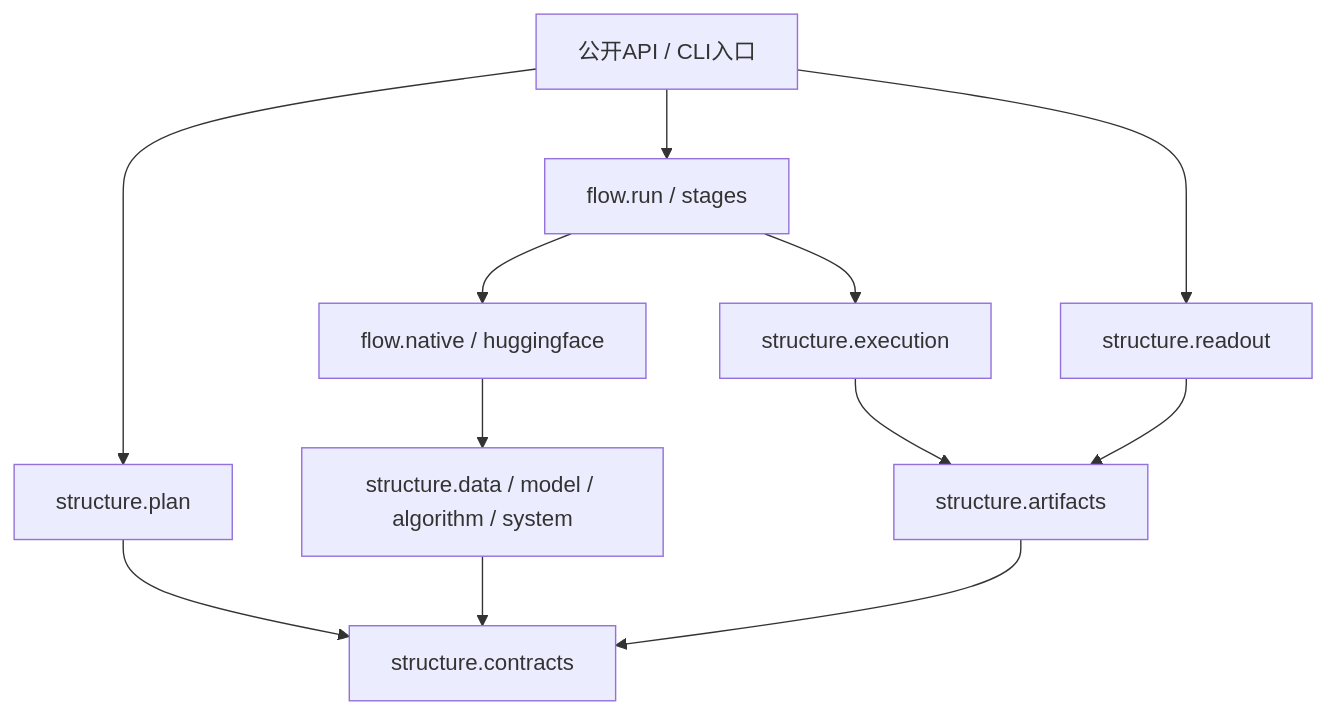
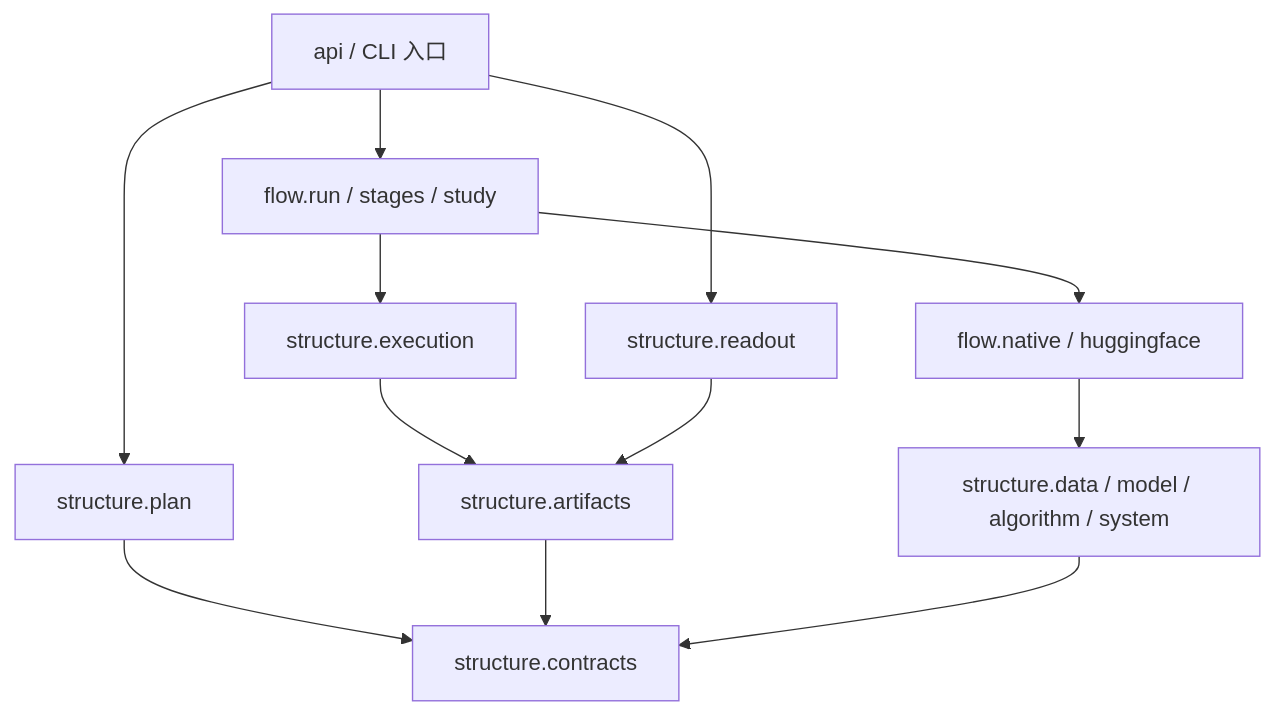
Before and after one commit to DreamSoul-AI/RPipe: the second of 4 diagrams in docs/研究流水线 架构设计.md, drawn with Mermaid. The commit also changed other lines of this file and 2 other files, not shown here.

````diff
--- a/docs/研究流水线 架构设计.md
+++ b/docs/研究流水线 架构设计.md
@@ -49,14 +113,14 @@
 ```mermaid
 flowchart TB
-    BOOT[公开API / CLI入口] --> PLAN[structure.plan]
-    BOOT --> FLOW[flow.run / stages]
-    BOOT --> READ[structure.readout]
-    FLOW --> ASSEMBLY[flow.native / huggingface]
-    FLOW --> EXEC[structure.execution]
-    ASSEMBLY --> SCI[structure.data / model / algorithm / system]
-    PLAN --> CONTRACT[structure.contracts]
-    SCI --> CONTRACT
-    READ --> ART[structure.artifacts]
-    EXEC --> ART
-    ART --> CONTRACT
+    A[api / CLI 入口] --> P[structure.plan]
+    A --> F[flow.run / stages / study]
+    A --> R[structure.readout]
+    F --> E[structure.execution]
+    F --> N[flow.native / huggingface]
+    N --> D[structure.data / model / algorithm / system]
+    E --> T[structure.artifacts]
+    R --> T
+    P --> C[structure.contracts]
+    T --> C
+    D --> C
 ```
````
